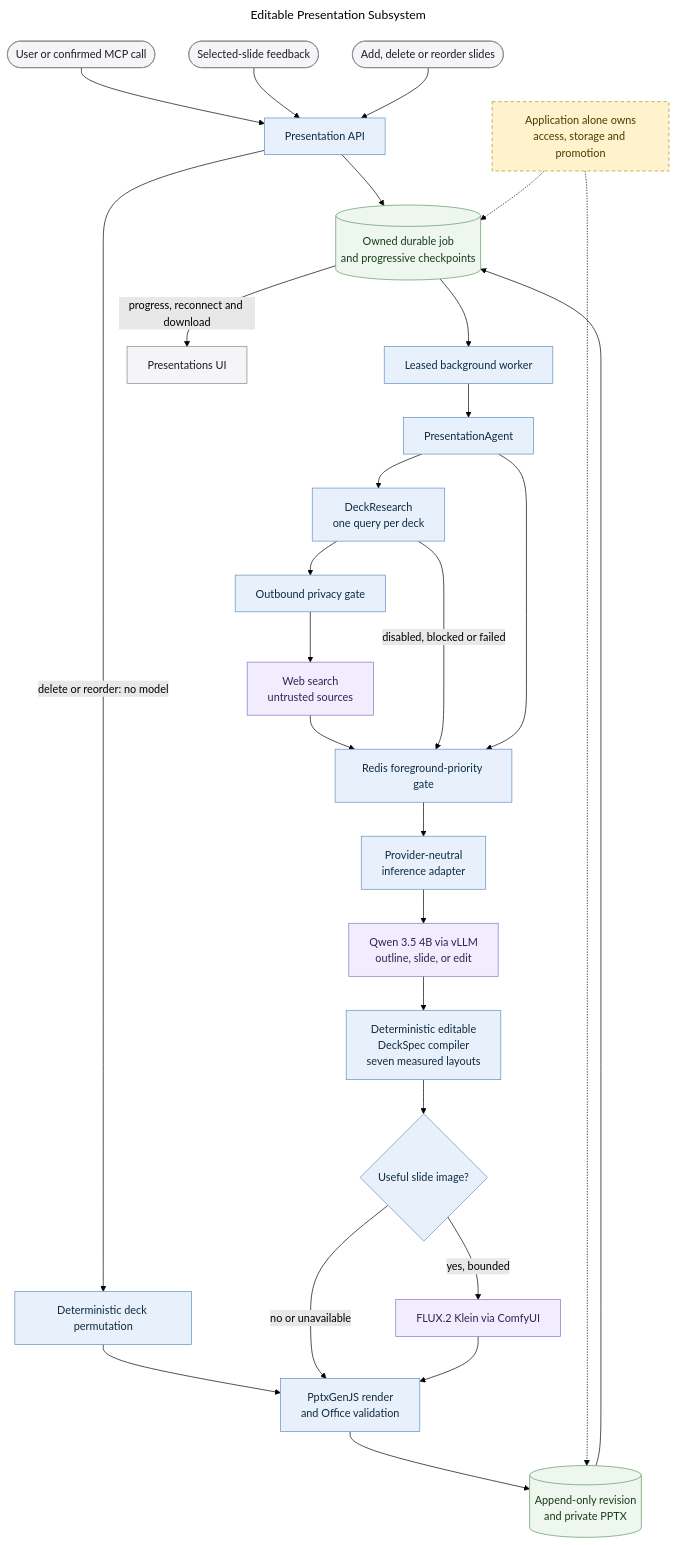
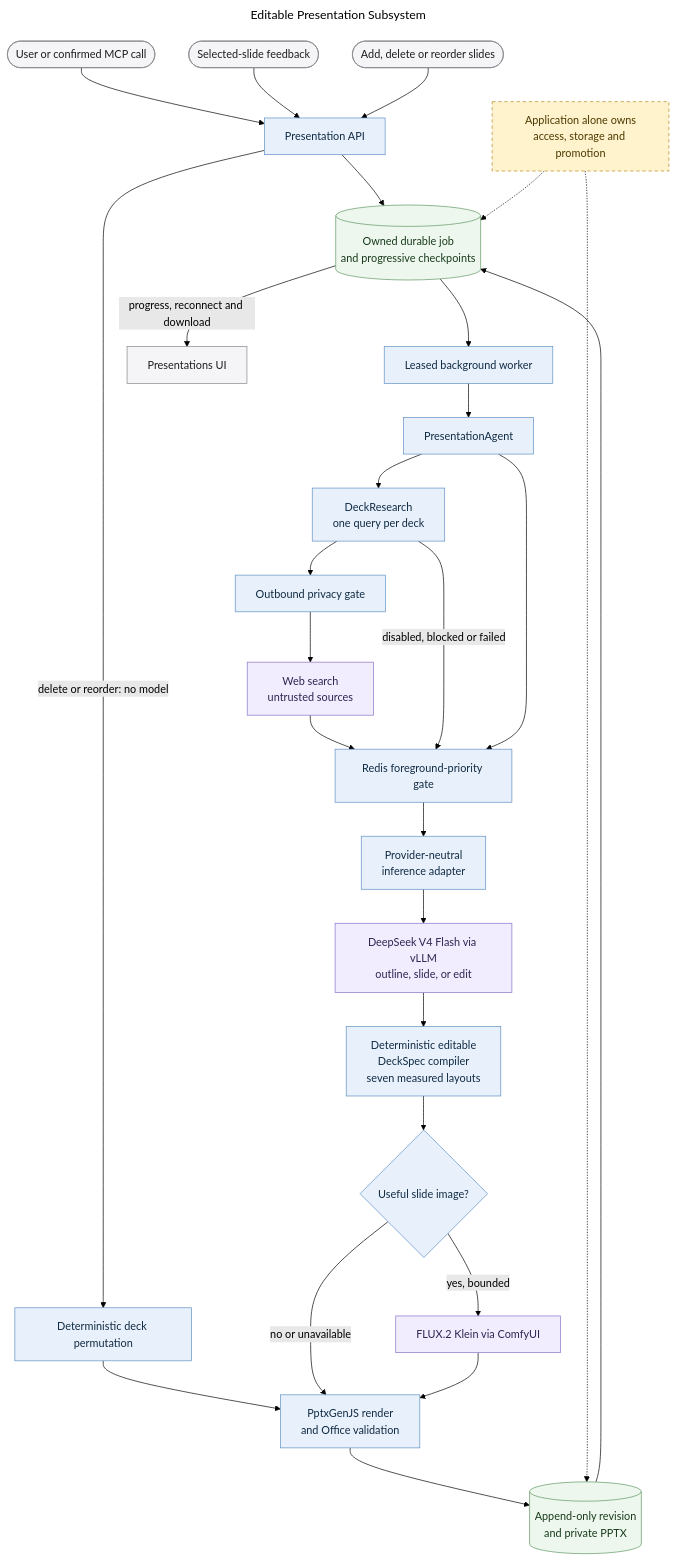
Before and after one commit to MallyaAni/PersonalAssistant: the diagram in docs/diagrams/presentation-subsystem.mmd, drawn with Mermaid (forest theme). The commit also changed 34 other files, not shown here.

First line of the commit message:
Stop the diagrams advertising a model that was retired

```diff
--- a/docs/diagrams/presentation-subsystem.mmd
+++ b/docs/diagrams/presentation-subsystem.mmd
@@ -1,43 +1,43 @@
 ---
 title: Editable Presentation Subsystem
 ---
 flowchart TB
     User([User or confirmed MCP call]) --> API[Presentation API]
     Feedback([Selected-slide feedback]) --> API
     Structure([Add, delete or reorder slides]) --> API
     API --> Job[(Owned durable job<br/>and progressive checkpoints)]
     Job --> Worker[Leased background worker]
     Worker --> Agent[PresentationAgent]
     Agent --> Research[DeckResearch<br/>one query per deck]
     Research --> Egress[Outbound privacy gate]
     Egress --> Web[Web search<br/>untrusted sources]
     Web --> Gate
     Research -->|disabled, blocked or failed| Gate
     Agent --> Gate[Redis foreground-priority gate]
     Gate --> Inference[Provider-neutral<br/>inference adapter]
-    Inference --> Qwen[Qwen 3.5 4B via vLLM<br/>outline, slide, or edit]
+    Inference --> Qwen[DeepSeek V4 Flash via vLLM<br/>outline, slide, or edit]
     Qwen --> Compiler[Deterministic editable<br/>DeckSpec compiler<br/>seven measured layouts]
     API -->|delete or reorder: no model| Permute[Deterministic deck permutation]
     Permute --> Render
     Compiler --> Visuals{Useful slide image?}
     Visuals -->|yes, bounded| Flux[FLUX.2 Klein via ComfyUI]
     Visuals -->|no or unavailable| Render
     Flux --> Render[PptxGenJS render<br/>and Office validation]
     Render --> Revision[(Append-only revision<br/>and private PPTX)]
     Revision --> Job
     Job -->|progress, reconnect and download| UI[Presentations UI]
 
     Boundary[Application alone owns<br/>access, storage and promotion]
     Boundary -.-> Job
     Boundary -.-> Revision
 
     classDef interface fill:#f5f5f7,stroke:#86868b,color:#1d1d1f;
     classDef application fill:#e8f1fb,stroke:#5e8fc4,color:#102a43;
     classDef data fill:#eef7ee,stroke:#5f9562,color:#183b1b;
     classDef external fill:#f1edff,stroke:#8872c6,color:#2e2450;
     classDef warning fill:#fff3cd,stroke:#b78b20,color:#4d3900,stroke-dasharray:5 4;
     class User,UI,Feedback,Structure interface;
     class API,Worker,Agent,Gate,Inference,Compiler,Permute,Visuals,Render,Research,Egress application;
     class Job,Revision data;
     class Qwen,Flux,Web external;
     class Boundary warning;
```
